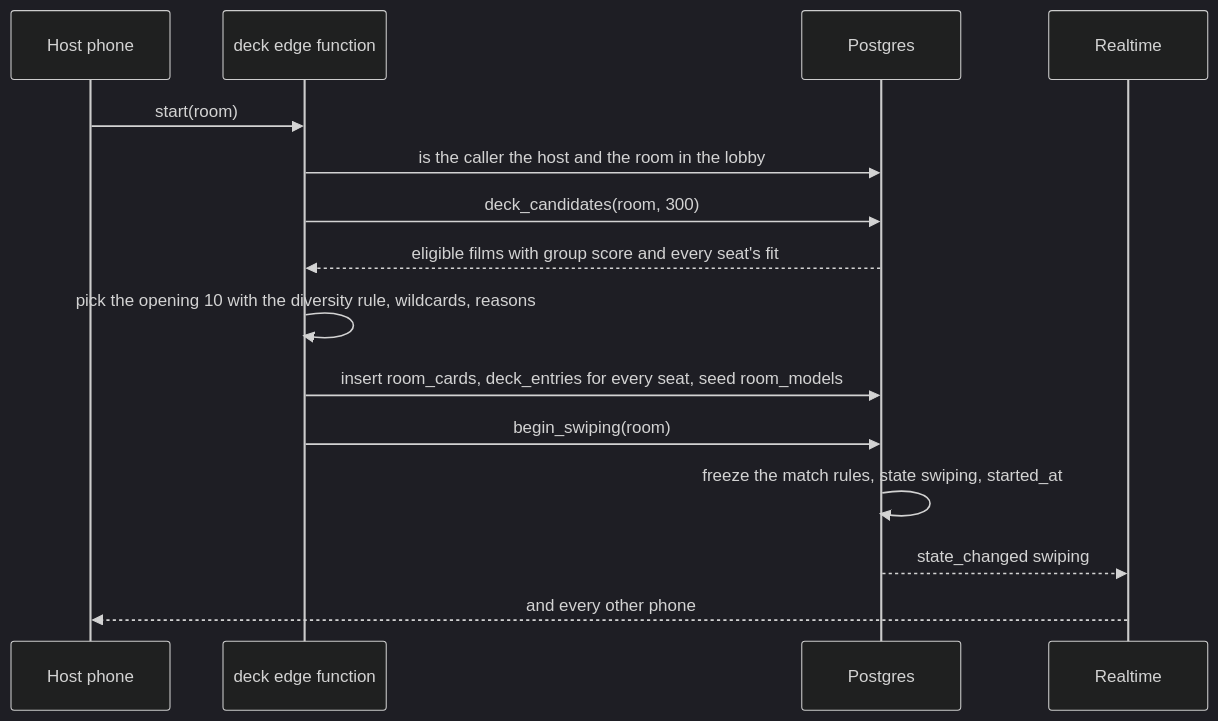
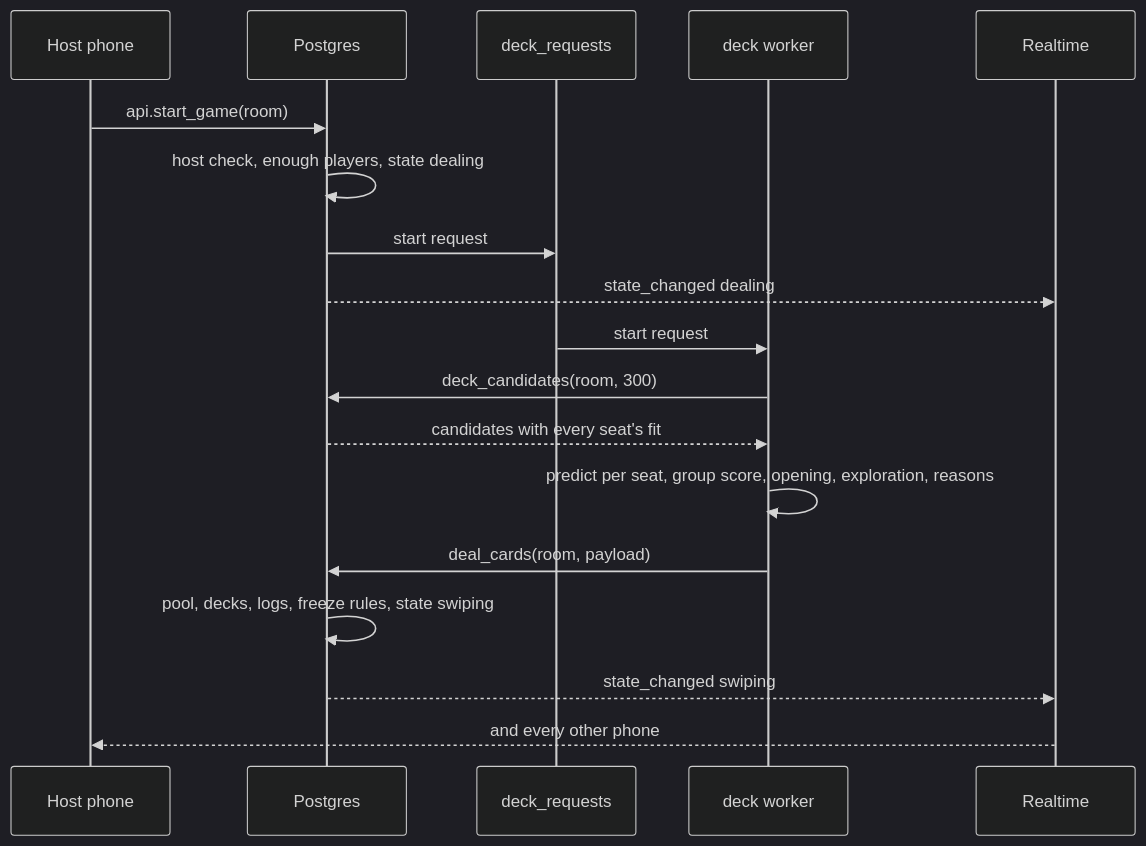
One commit to harryviennot/flimme changed the ninth of 11 diagrams in docs/data-model/README.md. Above: the diagram before and after it, drawn with Mermaid (dark theme). The commit also changed other lines of this file and 2 other files, not shown here.

First line of the commit message:
Put the app behind an api schema and add the recommendation server

````diff
--- a/docs/data-model/README.md
+++ b/docs/data-model/README.md
@@ -513,17 +648,20 @@
 ```mermaid
 sequenceDiagram
   participant H as Host phone
-  participant D as deck edge function
   participant DB as Postgres
+  participant Q as deck_requests
+  participant W as deck worker
   participant RT as Realtime
-  H->>D: start(room)
-  D->>DB: is the caller the host and the room in the lobby
-  D->>DB: deck_candidates(room, 300)
-  DB-->>D: eligible films with group score and every seat's fit
-  D->>D: pick the opening 10 with the diversity rule, wildcards, reasons
-  D->>DB: insert room_cards, deck_entries for every seat, seed room_models
-  D->>DB: begin_swiping(room)
-  DB->>DB: freeze the match rules, state swiping, started_at
+  H->>DB: api.start_game(room)
+  DB->>DB: host check, enough players, state dealing
+  DB->>Q: start request
+  DB-->>RT: state_changed dealing
+  Q->>W: start request
+  W->>DB: deck_candidates(room, 300)
+  DB-->>W: candidates with every seat's fit
+  W->>W: predict per seat, group score, opening, exploration, reasons
+  W->>DB: deal_cards(room, payload)
+  DB->>DB: pool, decks, logs, freeze rules, state swiping
   DB-->>RT: state_changed swiping
   RT-->>H: and every other phone
 ```
````
